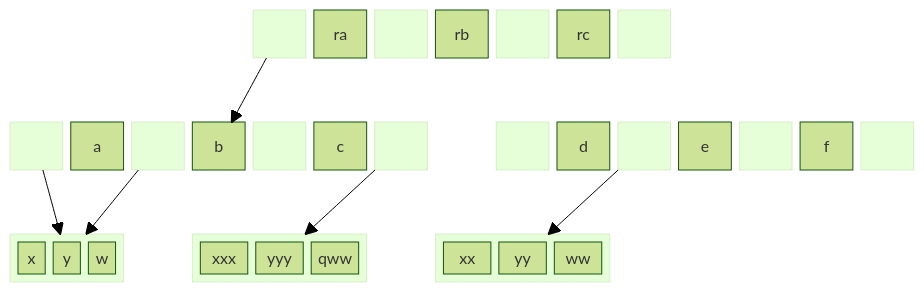
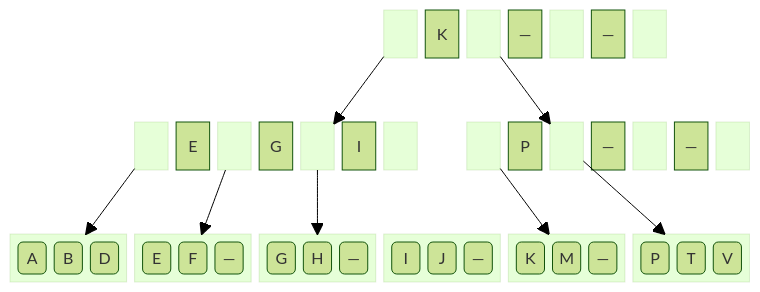
One commit to BenhurUFSM/pod26b changed the seventh of 7 diagrams in Assuntos/busca-ext.md. Above: the diagram before and after it, drawn with Mermaid (forest theme). The commit also changed other lines of this file, not shown here.

````diff
--- a/Assuntos/busca-ext.md
+++ b/Assuntos/busca-ext.md
@@ -101,23 +100,29 @@
 ```mermaid
 block
-columns 15
-space:4
-block:rl1 space end ra block:rl2 space end rb block:rl3 space end rc block:rl4 space end
-space:4
-space:15
-block:l1 space end a block:l2 space end b block:l3 space end c block:l4 space end
-space
-block:dl1 space end d block:dl2 space end e block:dl3 space end f block:dl4 space end
-%%dl1(("+")) d:2 dl2(("+")) e["e"]:2 dl3(("+")) f:2 dl4(("+"))
-space:15
-block:z:2 x y w end
-space
-block:zzz:3 xxx yyy qww end
-space
-block:zz:3 xx yy ww end
-rl1-->b
-l1-->z
-l4-->zzz
-l2-->z
-dl2-->zz
+  columns 18
+  space:9
+  block:rl1 space end ra["K"] block:rl2 space end rb["—"] block:rl3 space end rc["—"] block:rl4 space end
+  space:2
+  space:18
+
+  space:3
+  block:i1l1 space end i1a["E"] block:i1l2 space end i1b["G"] block:i1l3 space end i1c["I"] block:i1l4 space end
+  space
+  block:i2l1 space end i2a["P"] block:i2l2 space end i2b["—"] block:i2l3 space end i2c["—"] block:i2l4 space end
+  space:18
+
+  block:f1:3 f1a("A") f1b("B") f1c("D") end
+  block:f5:3 f5a("E") f5b("F") f5c("—") end
+  block:f3:3 f3a("G") f3b("H") f3c("—") end
+  block:f6:3 f6a("I") f6b("J") f6c("—") end
+  block:f4:3 f4a("K") f4b("M") f4c("—") end
+  block:f2:3 f2a("P") f2b("T") f2c("V") end
+
+  rl1-->i1l3
+  rl2-->i2l2
+  i1l1-->f1
+  i1l2-->f5
+  i1l3-->f3
+  i2l1-->f4
+  i2l2-->f2
 ```
````
